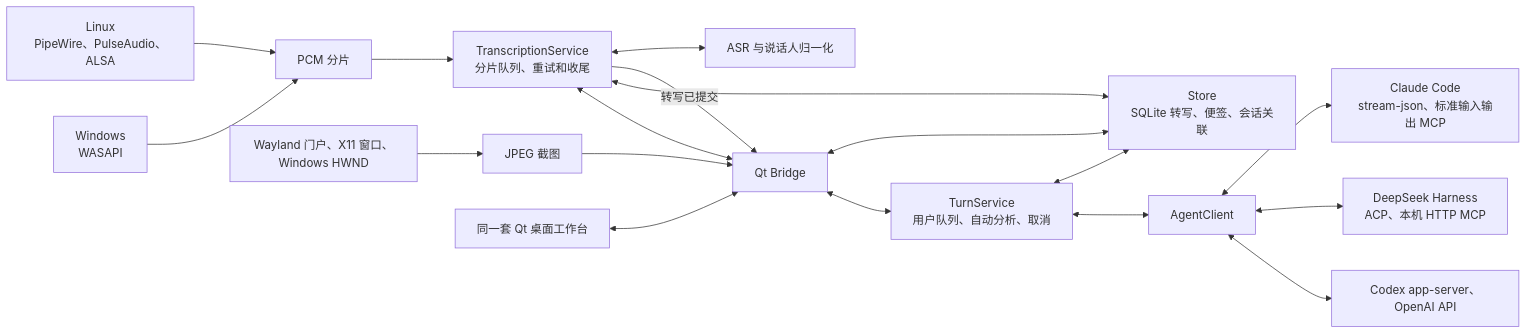
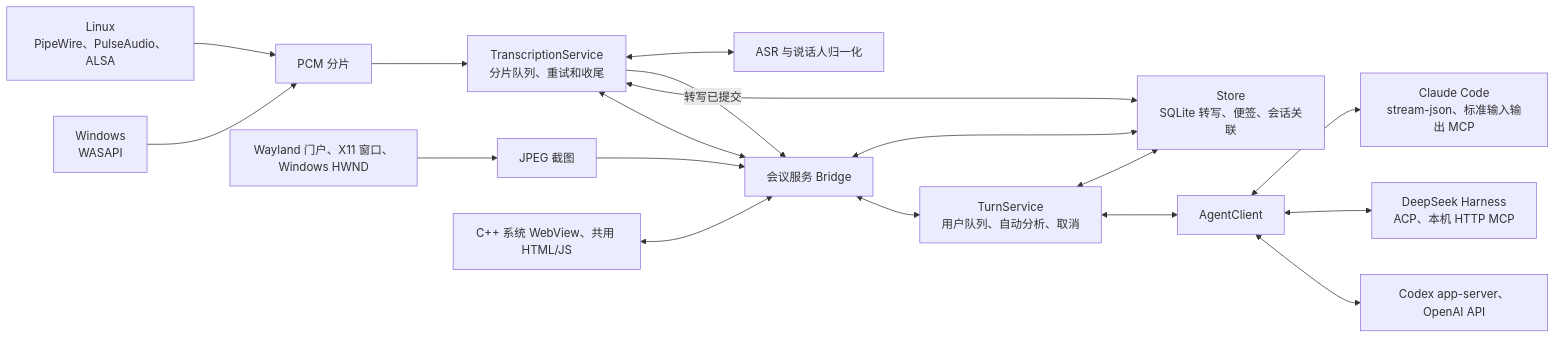
The diagram in docs/architecture.md (zzttzzmyswy/tingsu), drawn with Mermaid before and after one commit. The commit also changed other lines of this file and 71 other files, not shown here.

````diff
--- a/docs/architecture.md
+++ b/docs/architecture.md
@@ -7,19 +7,19 @@
 ```mermaid
 flowchart LR
     L["Linux<br/>PipeWire、PulseAudio、ALSA"] --> PCM["PCM 分片"]
     W["Windows<br/>WASAPI"] --> PCM
     PCM --> T["TranscriptionService<br/>分片队列、重试和收尾"]
     T <--> ASR["ASR 与说话人归一化"]
-    T -->|转写已提交| B["Qt Bridge"]
+    T -->|转写已提交| B["会议服务 Bridge"]
     S["Wayland 门户、X11 窗口、Windows HWND"] --> J["JPEG 截图"] --> B
-    UI["同一套 Qt 桌面工作台"] <--> B
+    UI["C++ 系统 WebView、共用 HTML/JS"] <--> B
     B <--> DB["Store<br/>SQLite 转写、便签、会话关联"]
     B <--> T
     B <--> R["TurnService<br/>用户队列、自动分析、取消"]
     T <--> DB
     R <--> DB
     R <--> A["AgentClient"]
     A <--> C["Claude Code<br/>stream-json、标准输入输出 MCP"]
     A <--> D["DeepSeek Harness<br/>ACP、本机 HTTP MCP"]
     A <--> O["Codex app-server、OpenAI API"]
 ```
````
